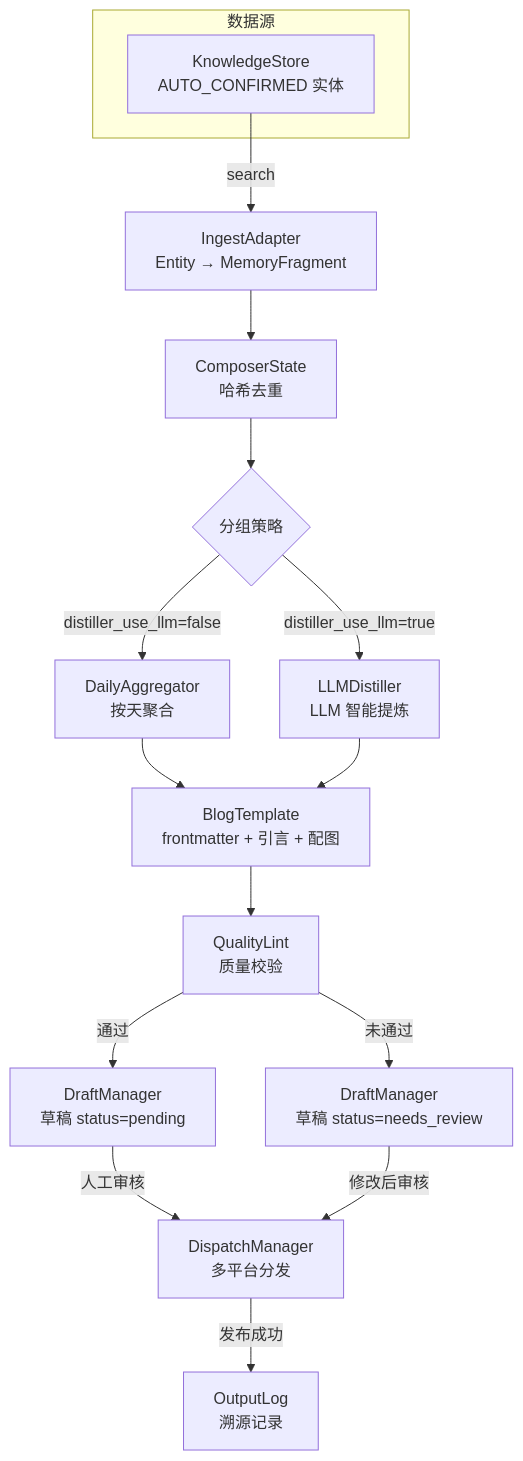
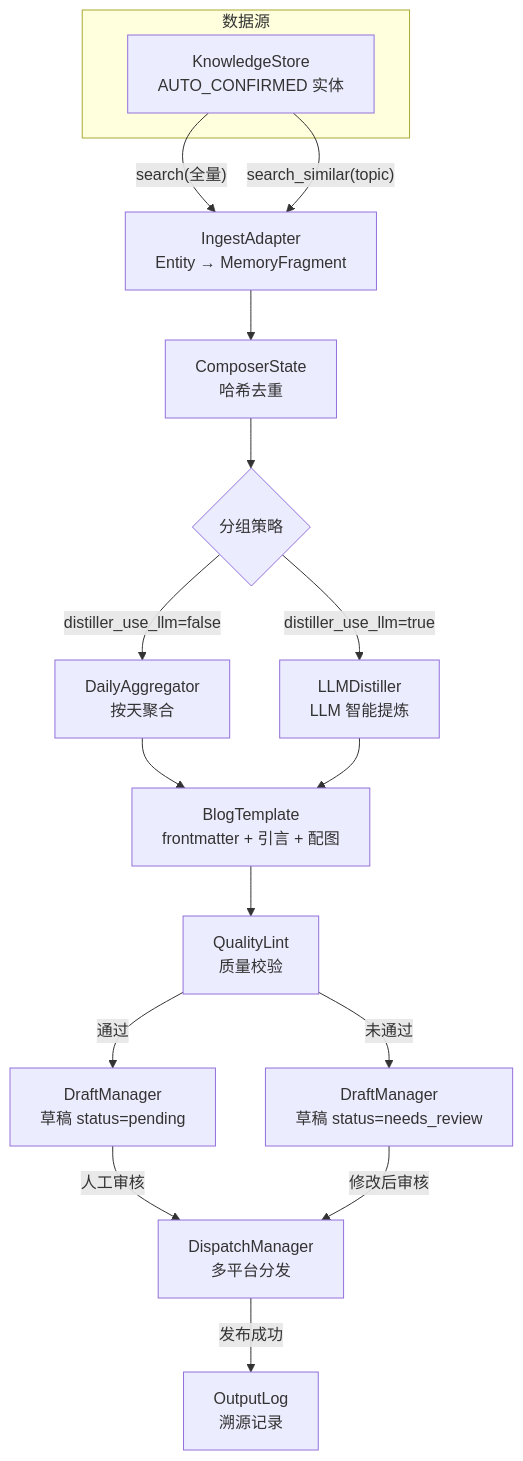
The diagram in docs/composer/design/00-overview.md (xinovate/linglong-knowledge), drawn with Mermaid before and after one commit. The commit also changed 4 other files, not shown here.

````diff
--- a/docs/composer/design/00-overview.md
+++ b/docs/composer/design/00-overview.md
@@ -21,26 +21,27 @@
 ```mermaid
 graph TD
     subgraph 数据源
         A[KnowledgeStore<br/>AUTO_CONFIRMED 实体]
     end
 
-    A -->|search| B[IngestAdapter<br/>Entity → MemoryFragment]
+    A -->|"search(全量)"| B[IngestAdapter<br/>Entity → MemoryFragment]
+    A -->|"search_similar(topic)"| B
     B --> C[ComposerState<br/>哈希去重]
 
     C --> D{分组策略}
     D -->|distiller_use_llm=false| E[DailyAggregator<br/>按天聚合]
     D -->|distiller_use_llm=true| F[LLMDistiller<br/>LLM 智能提炼]
 
     E --> G[BlogTemplate<br/>frontmatter + 引言 + 配图]
     F --> G
 
     G --> H[QualityLint<br/>质量校验]
 
     H -->|通过| I[DraftManager<br/>草稿 status=pending]
     H -->|未通过| J[DraftManager<br/>草稿 status=needs_review]
 
     I -->|人工审核| K[DispatchManager<br/>多平台分发]
     J -->|修改后审核| K
 
     K -->|发布成功| L[OutputLog<br/>溯源记录]
 ```
````
